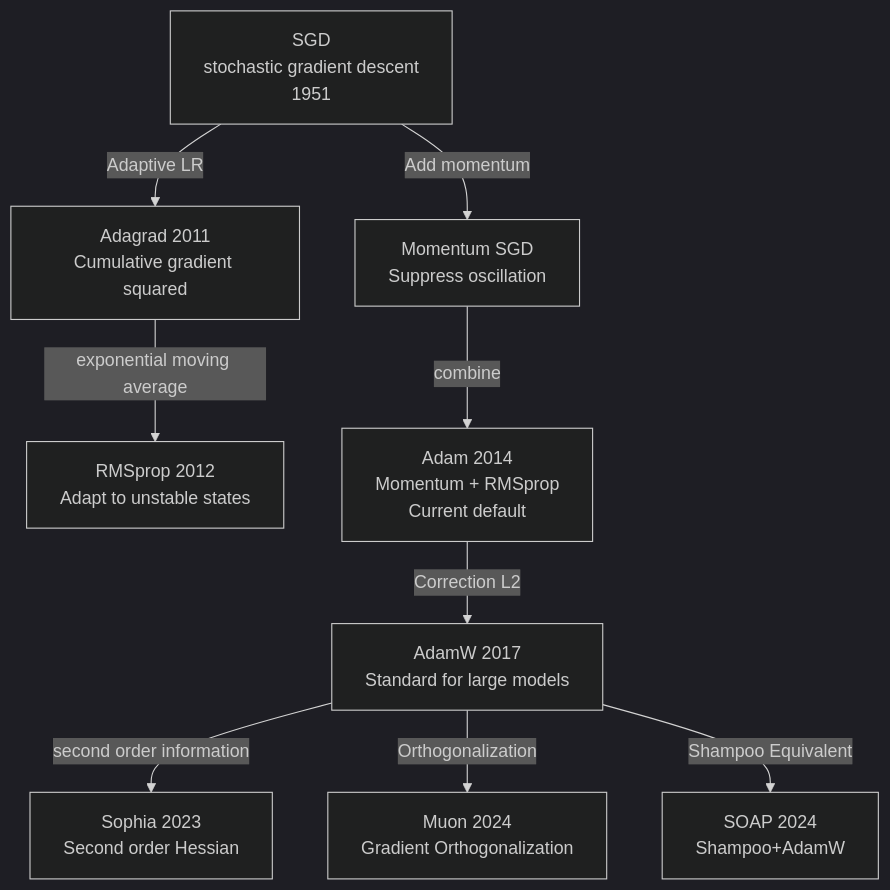
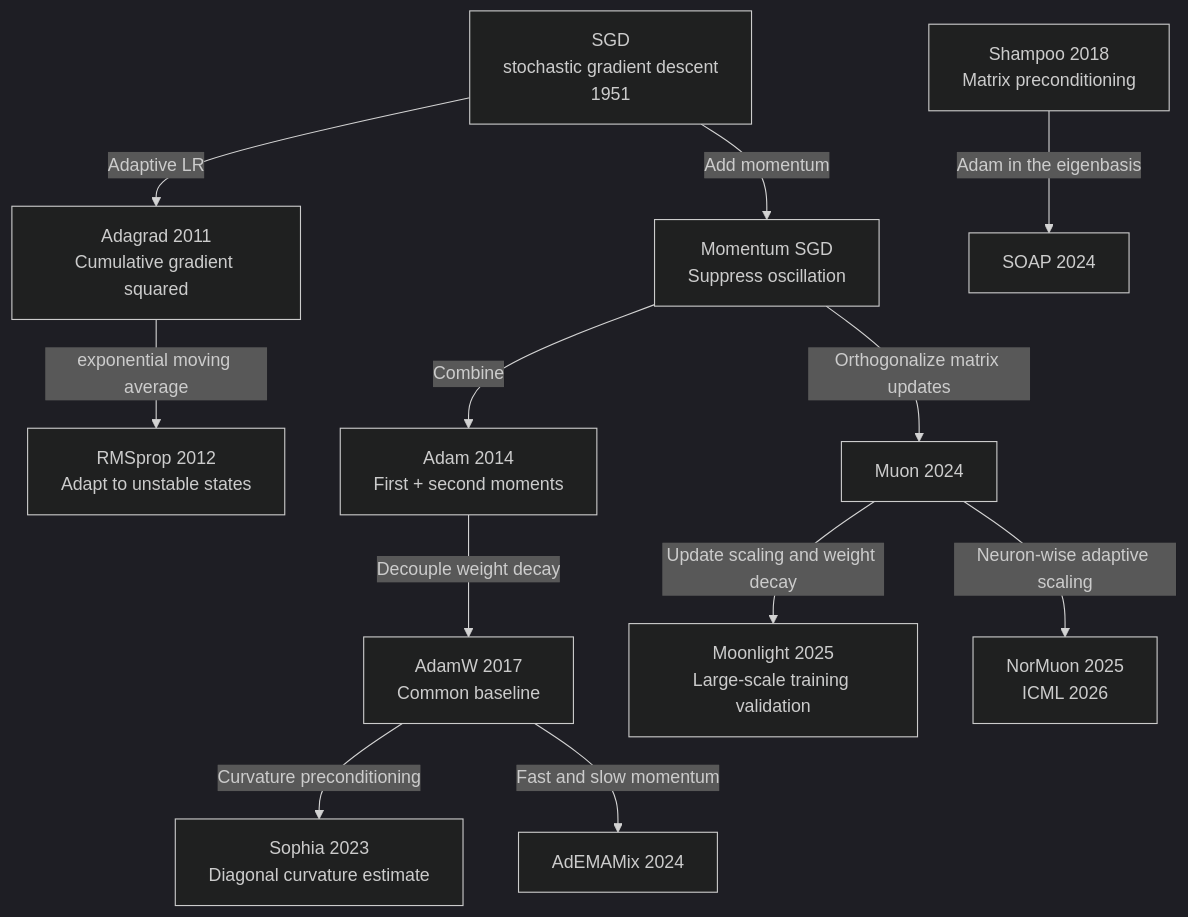
One commit to TingdeLiu/tingdeliu.github.io changed the ninth of 15 diagrams in _translations/en/research/Deep-Learning-Survey.md. Above: the diagram before and after it, drawn with Mermaid (dark theme). The commit also changed other lines of this file and 2 other files, not shown here.

````diff
--- a/_translations/en/research/Deep-Learning-Survey.md
+++ b/_translations/en/research/Deep-Learning-Survey.md
@@ -940,11 +945,14 @@
 ```mermaid
 flowchart TD
     SGD["SGD<br/>stochastic gradient descent<br/>1951"] -->|"Add momentum"| Momentum["Momentum SGD<br/>Suppress oscillation"]
     SGD -->|"Adaptive LR"| Adagrad["Adagrad 2011<br/>Cumulative gradient squared"]
     Adagrad -->|"exponential moving average"| RMSprop["RMSprop 2012<br/>Adapt to unstable states"]
-    Momentum -->|"combine"| Adam["Adam 2014<br/>Momentum + RMSprop<br/>Current default"]
-    Adam -->|"Correction L2"| AdamW["AdamW 2017<br/>Standard for large models"]
-    AdamW -->|"second order information"| Sophia["Sophia 2023<br/>Second order Hessian"]
-    AdamW -->|"Orthogonalization"| Muon["Muon 2024<br/>Gradient Orthogonalization"]
-    AdamW -->|"Shampoo Equivalent"| SOAP["SOAP 2024<br/>Shampoo+AdamW"]
+    Momentum -->|"Combine"| Adam["Adam 2014<br/>First + second moments"]
+    Adam -->|"Decouple weight decay"| AdamW["AdamW 2017<br/>Common baseline"]
+    AdamW -->|"Curvature preconditioning"| Sophia["Sophia 2023<br/>Diagonal curvature estimate"]
+    AdamW -->|"Fast and slow momentum"| AdEMAMix["AdEMAMix 2024"]
+    Momentum -->|"Orthogonalize matrix updates"| Muon["Muon 2024"]
+    Shampoo["Shampoo 2018<br/>Matrix preconditioning"] -->|"Adam in the eigenbasis"| SOAP["SOAP 2024"]
+    Muon -->|"Update scaling and weight decay"| Moonlight["Moonlight 2025<br/>Large-scale training validation"]
+    Muon -->|"Neuron-wise adaptive scaling"| NorMuon["NorMuon 2025<br/>ICML 2026"]
 ```
````
